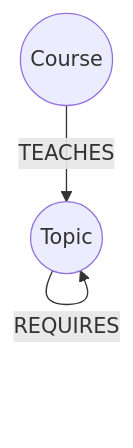
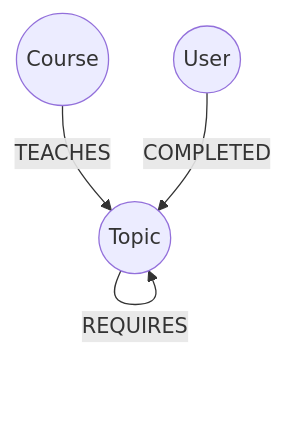
Before and after one commit to webdeveloper-fresher32/wexa.ai-assignment: the diagram in README.md, drawn with Mermaid. The commit also changed other lines of this file, not shown here.

````diff
--- a/README.md
+++ b/README.md
@@ -32,8 +32,10 @@
 ```mermaid
 graph TD
     Topic((Topic))
     Course((Course))
+    User((User))
     
     Topic -- REQUIRES --> Topic
     Course -- TEACHES --> Topic
+    User -- COMPLETED --> Topic
 ```
````
